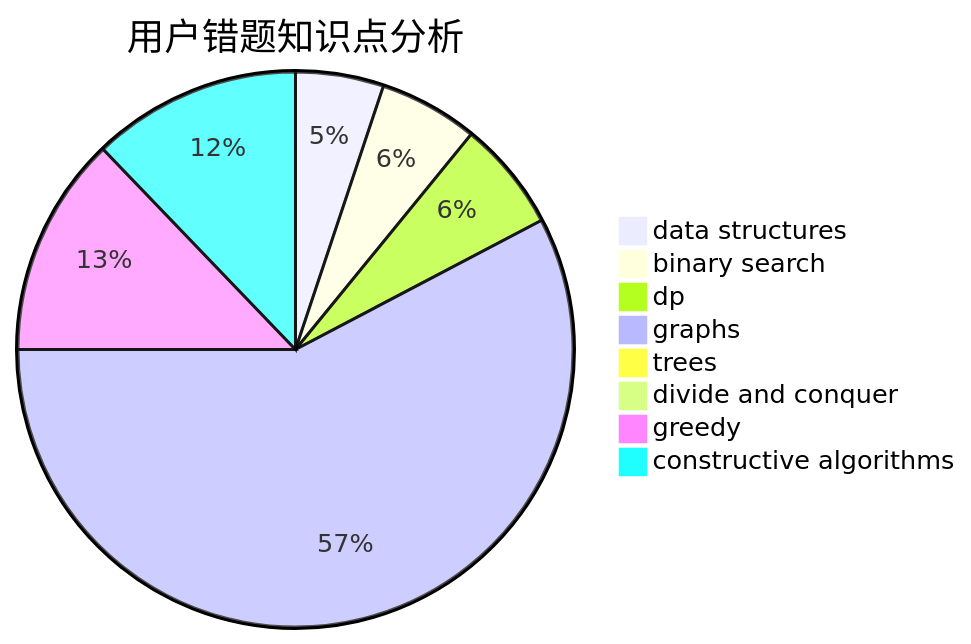
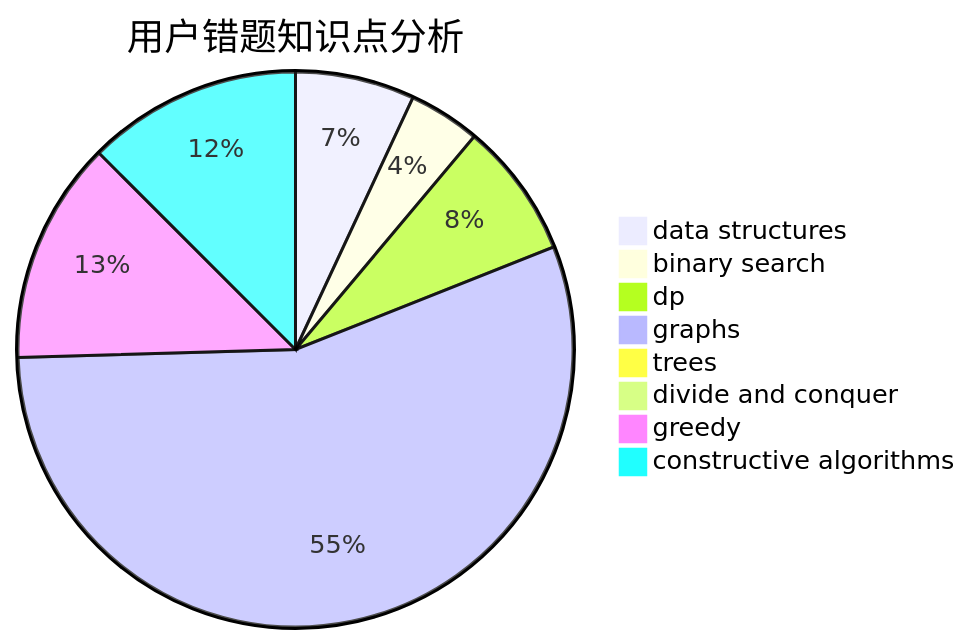
One commit to sherpahu/cfrs.github.io changed the third of 3 diagrams in docs/user/u2653.md. Above: the diagram before and after it, drawn with Mermaid. The commit also changed other lines of this file and 2770 other files, not shown here.

````diff
--- a/docs/user/u2653.md
+++ b/docs/user/u2653.md
@@ -36,11 +36,11 @@
 ```mermaid
 pie title 用户错题知识点分析
-    "data structures" :  8
+    "data structures" :  15
     "binary search" :  9
-    "dp" :  10
-    "graphs" :  90
+    "dp" :  17
+    "graphs" :  120
     "trees" :  1
     "divide and conquer" :  1
-    "greedy" :  20
-    "constructive algorithms" :  19
+    "greedy" :  28
+    "constructive algorithms" :  27
 ```
````
